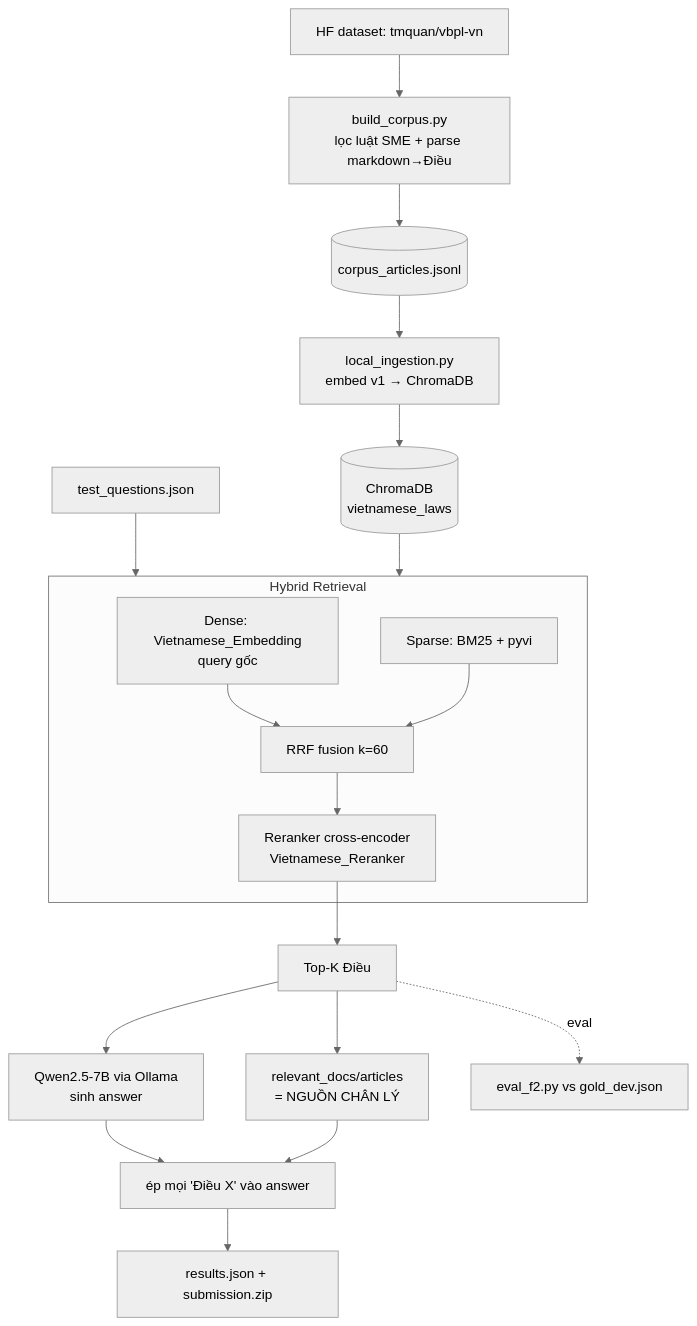
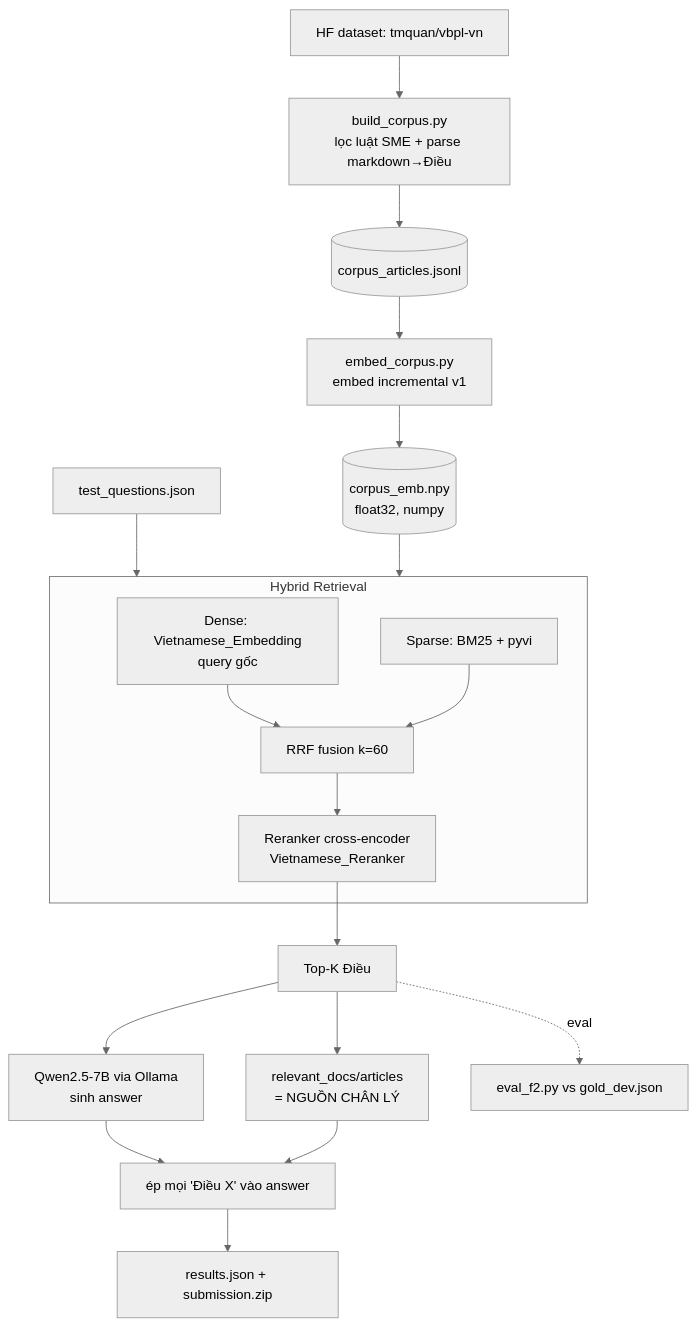
Before and after one commit to lehuubao2909/ai_legal_assistant: the diagram in docs/pipeline-architecture.md, drawn with Mermaid (neutral theme). The commit also changed other lines of this file and 30 other files, not shown here.

First line of the commit message:
refactor: incremental numpy corpus (drop ChromaDB) + Colab full pipeline

````diff
--- a/docs/pipeline-architecture.md
+++ b/docs/pipeline-architecture.md
@@ -16,22 +18,22 @@
 ```mermaid
 flowchart TD
     HF[HF dataset: tmquan/vbpl-vn] --> BC[build_corpus.py<br/>lọc luật SME + parse markdown→Điều]
     BC --> JL[(corpus_articles.jsonl)]
-    JL --> ING[local_ingestion.py<br/>embed v1 → ChromaDB]
-    ING --> DB[(ChromaDB<br/>vietnamese_laws)]
+    JL --> ING[embed_corpus.py<br/>embed incremental v1]
+    ING --> DB[(corpus_emb.npy<br/>float32, numpy)]
 
     Q[test_questions.json] --> RAG
     DB --> RAG[local_rag_engine.py]
     subgraph RAG[Hybrid Retrieval]
       D[Dense: Vietnamese_Embedding<br/>query gốc] --> RRF[RRF fusion k=60]
       S[Sparse: BM25 + pyvi] --> RRF
       RRF --> RR[Reranker cross-encoder<br/>Vietnamese_Reranker]
     end
     RR --> TOPK[Top-K Điều]
     TOPK --> FIELDS[relevant_docs/articles<br/>= NGUỒN CHÂN LÝ]
     TOPK --> LLM[Qwen2.5-7B via Ollama<br/>sinh answer]
     LLM --> MERGE[ép mọi 'Điều X' vào answer]
     FIELDS --> MERGE
     MERGE --> OUT[results.json + submission.zip]
     TOPK -.eval.-> F2[eval_f2.py vs gold_dev.json]
 ```
````
